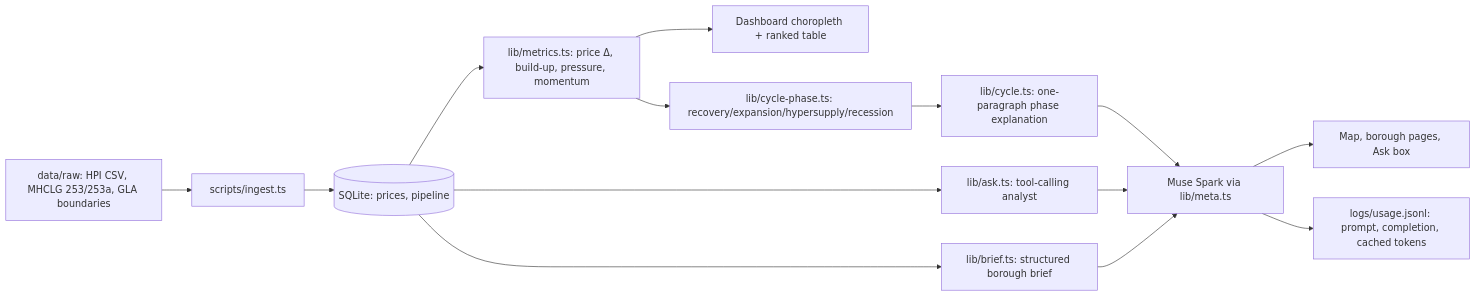
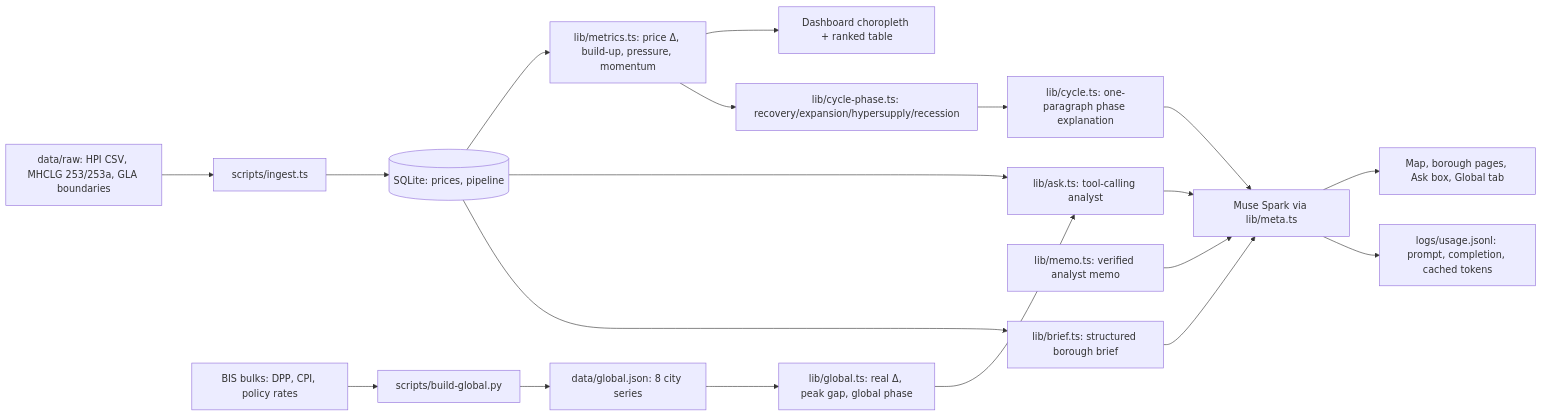
Before and after one commit to brunomarzyx/london-pipeline: the diagram in README.md, drawn with Mermaid. The commit also changed other lines of this file and 25 other files, not shown here.

````diff
--- a/README.md
+++ b/README.md
@@ -27,16 +29,21 @@
 ```mermaid
 flowchart LR
     RAW[data/raw: HPI CSV, MHCLG 253/253a, GLA boundaries] --> INGEST[scripts/ingest.ts]
     INGEST --> DB[(SQLite: prices, pipeline)]
     DB --> METRICS[lib/metrics.ts: price Δ, build-up, pressure, momentum]
     METRICS --> MAP[Dashboard choropleth + ranked table]
     METRICS --> CYCLE[lib/cycle-phase.ts: recovery/expansion/hypersupply/recession]
     DB --> ASK[lib/ask.ts: tool-calling analyst]
     DB --> BRIEF[lib/brief.ts: structured borough brief]
+    BIS[BIS bulks: DPP, CPI, policy rates] --> SNAP[scripts/build-global.py]
+    SNAP --> GJ[data/global.json: 8 city series]
+    GJ --> GLOB[lib/global.ts: real Δ, peak gap, global phase]
+    GLOB --> ASK
     ASK --> META[Muse Spark via lib/meta.ts]
     BRIEF --> META
+    MEMO[lib/memo.ts: verified analyst memo] --> META
     CYCLE --> EXPL[lib/cycle.ts: one-paragraph phase explanation]
     EXPL --> META
-    META --> UI[Map, borough pages, Ask box]
+    META --> UI[Map, borough pages, Ask box, Global tab]
     META --> LOG[logs/usage.jsonl: prompt, completion, cached tokens]
 ```
````
